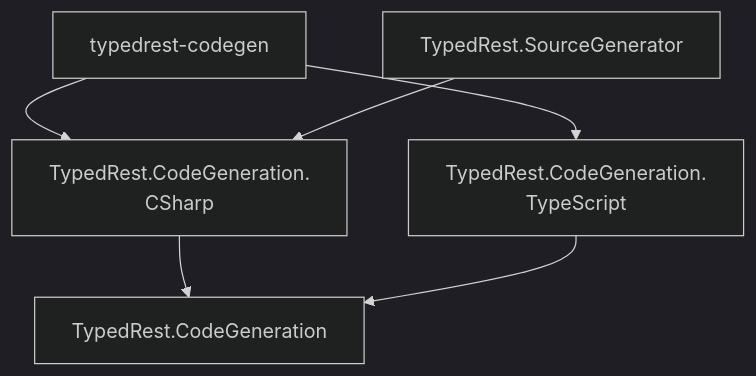
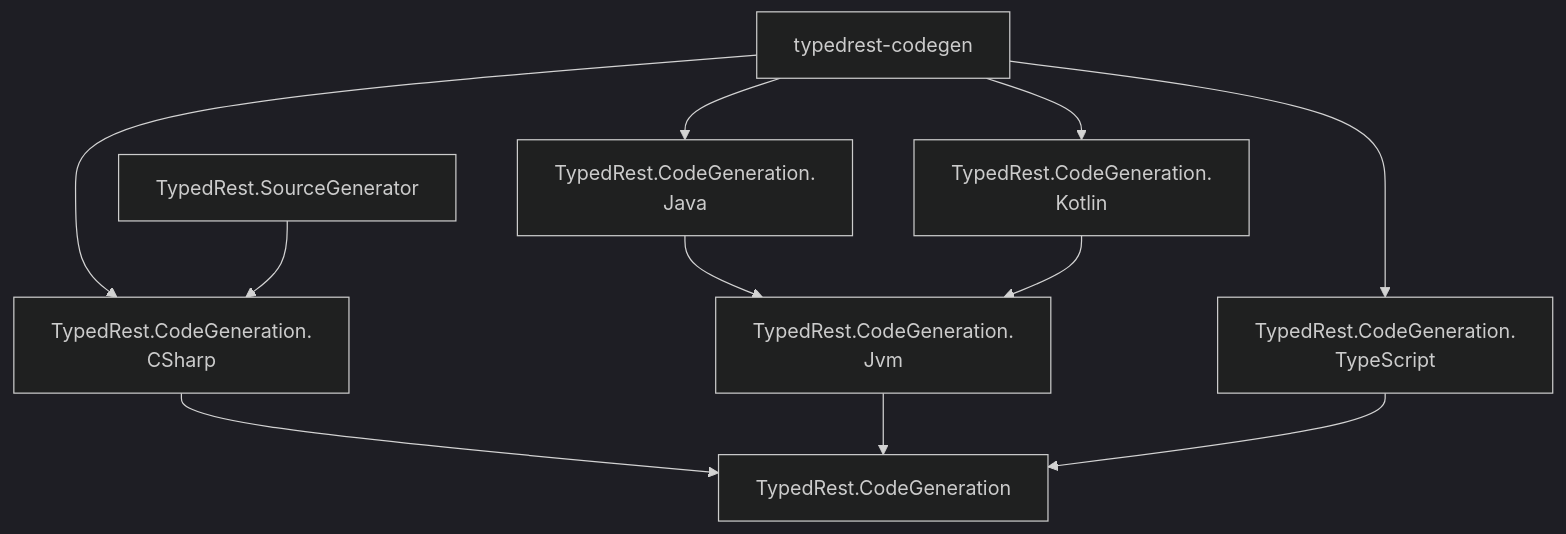
One commit to TypedRest/CodeGeneration changed the diagram in doc/index.md. Above: the diagram before and after it, drawn with Mermaid (dark theme). The commit also changed other lines of this file and 53 other files, not shown here.

Commit message:
Added Java and Kotlin code generators

````diff
--- a/doc/index.md
+++ b/doc/index.md
@@ -36,9 +39,14 @@
 ```mermaid
 flowchart TD
     cli["typedrest-codegen"] --> csharp
+    cli --> java
+    cli --> kotlin
     cli --> typescript
     sourcegen["TypedRest.SourceGenerator"] --> csharp
     csharp["TypedRest.CodeGeneration.<br>CSharp"] --> core
+    jvm["TypedRest.CodeGeneration.<br>Jvm"] --> core
+    java["TypedRest.CodeGeneration.<br>Java"] --> jvm
+    kotlin["TypedRest.CodeGeneration.<br>Kotlin"] --> jvm
     typescript["TypedRest.CodeGeneration.<br>TypeScript"] --> core
     core["TypedRest.CodeGeneration"]
 ```
````
